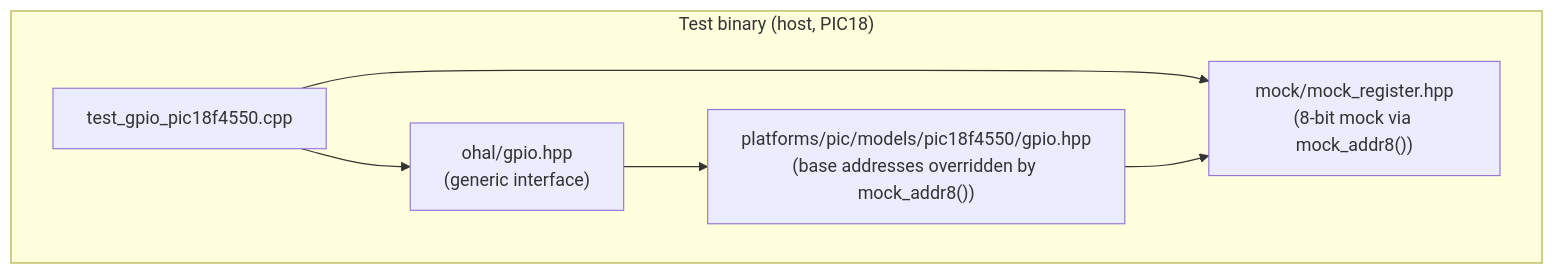
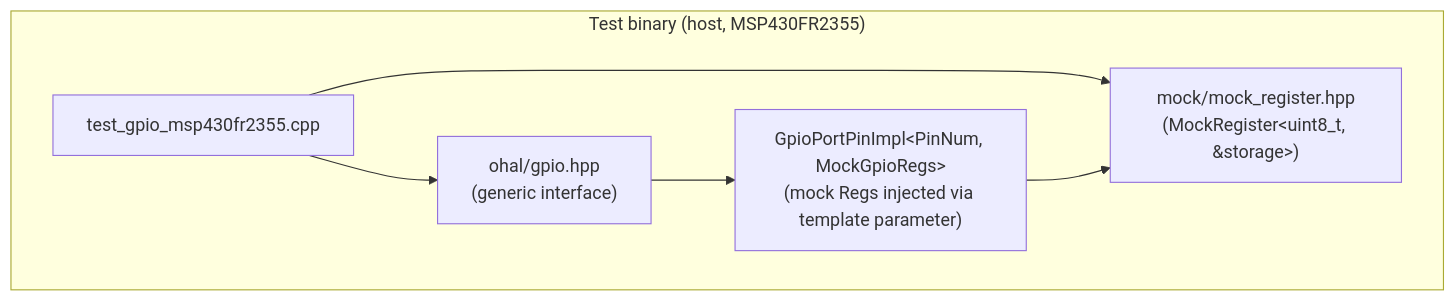
Before and after one commit to grahame-org/ohal: diagram 13 of 13 in docs/plan.md, drawn with Mermaid. The commit also changed other lines of this file and 7 other files, not shown here.

Commit message:
docs: replace PIC18F4550 with MSP430FR2355 in steps 9–16 (#22)

````diff
--- a/docs/plan.md
+++ b/docs/plan.md
@@ -605,13 +605,13 @@
 ```mermaid
 graph TD
-    subgraph "Test binary (host, PIC18)"
-        TEST2["test_gpio_pic18f4550.cpp"]
-        MOCK2["mock/mock_register.hpp<br/>(8-bit mock via mock_addr8())"]
+    subgraph "Test binary (host, MSP430FR2355)"
+        TEST2["test_gpio_msp430fr2355.cpp"]
+        MOCK2["mock/mock_register.hpp<br/>(MockRegister&lt;uint8_t, &storage&gt;)"]
         IFACE2["ohal/gpio.hpp<br/>(generic interface)"]
-        PLAT2["platforms/pic/models/pic18f4550/gpio.hpp<br/>(base addresses overridden by mock_addr8())"]
+        IMPL2["GpioPortPinImpl&lt;PinNum, MockGpioRegs&gt;<br/>(mock Regs injected via template parameter)"]
     end
     TEST2 --> MOCK2
     TEST2 --> IFACE2
-    IFACE2 --> PLAT2
-    PLAT2 --> MOCK2
+    IFACE2 --> IMPL2
+    IMPL2 --> MOCK2
 ```
````
